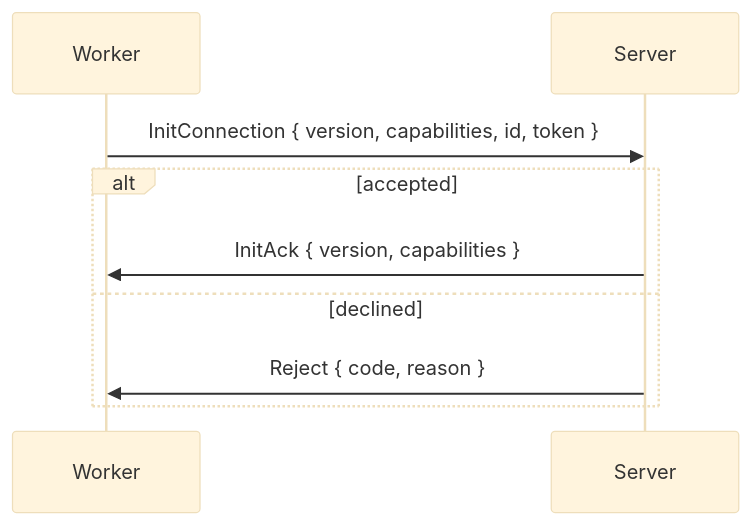
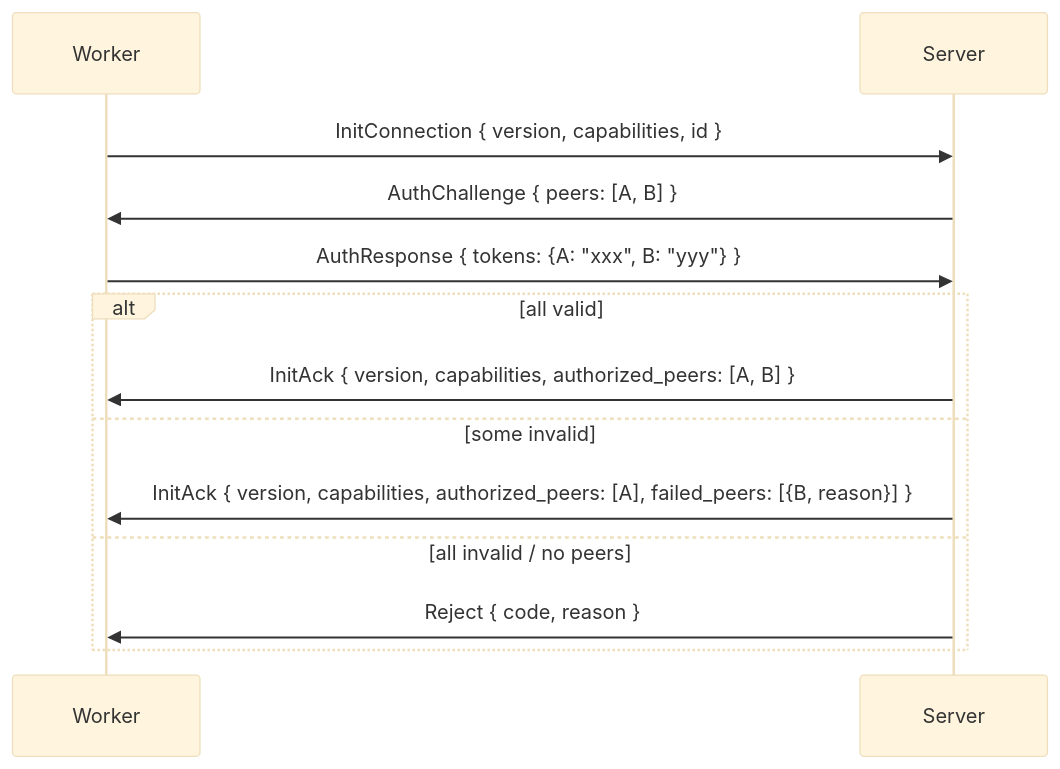
One commit to wavelens/gradient changed the second of 20 diagrams in docs/src/development/proto.md. Above: the diagram before and after it, drawn with Mermaid (base theme). The commit also changed other lines of this file and 29 other files, not shown here.

````diff
--- a/docs/src/development/proto.md
+++ b/docs/src/development/proto.md
@@ -20,12 +20,16 @@
 ```mermaid
 sequenceDiagram
     participant W as Worker
     participant S as Server
 
-    W->>S: InitConnection { version, capabilities, id, token }
-    alt accepted
-        S->>W: InitAck { version, capabilities }
-    else declined
+    W->>S: InitConnection { version, capabilities, id }
+    S->>W: AuthChallenge { peers: [A, B] }
+    W->>S: AuthResponse { tokens: {A: "xxx", B: "yyy"} }
+    alt all valid
+        S->>W: InitAck { version, capabilities, authorized_peers: [A, B] }
+    else some invalid
+        S->>W: InitAck { version, capabilities, authorized_peers: [A], failed_peers: [{B, reason}] }
+    else all invalid / no peers
         S->>W: Reject { code, reason }
     end
 ```
````
